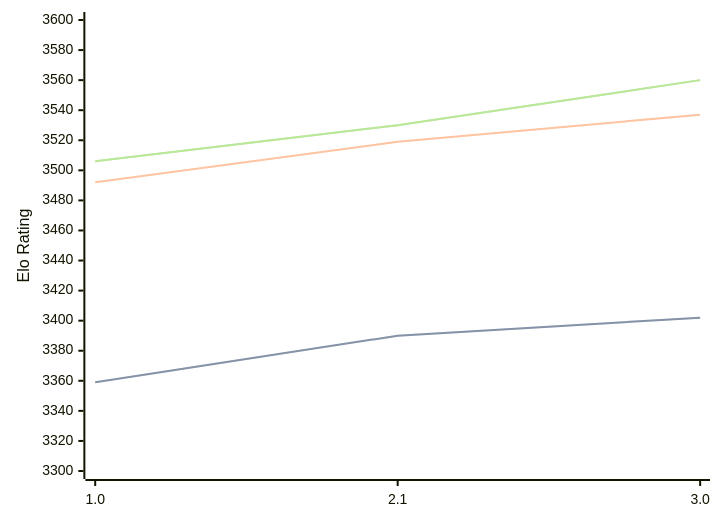
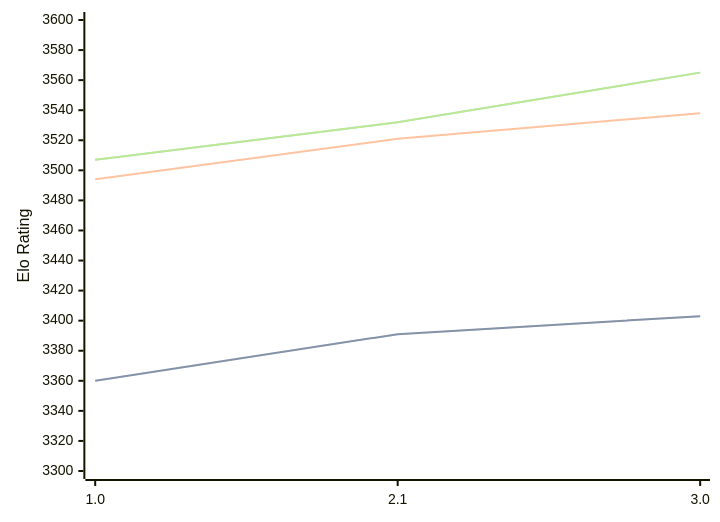
The diagram in engines/Hobbes.md (computer-chess-index/cci), drawn with Mermaid before and after one commit. The commit also changed other lines of this file, not shown here.

Commit message:
Update CCI Ratings (ELO VLTC) - 2026-08-15

````diff
--- a/engines/Hobbes.md
+++ b/engines/Hobbes.md
@@ -33,11 +33,11 @@
 ```mermaid
 %%{init: {"theme":"base","themeVariables":{"seriesColors:['#a3a3a3','#222221','#faa371']}}}%%
 xychart-beta
   x-axis ["1.0", "2.1", "3.0"]
   y-axis "Elo Rating" 3300 --> 3600
-  line "STC (8.0+0.08s)" [3359, 3390, 3402]
-  line "STC (8.0+0.08s)" [3359, 3390, 3402]
-  line "LTC (60.0+0.60s)" [3492, 3519, 3537]
-  line "VLTC (2m24s+1.12s)" [3506, 3530, 3560]
-  line "VLTC (2m24s+1.12s)" [3506, 3530, 3560]
+  line "STC (8.0+0.08s)" [3360, 3391, 3403]
+  line "STC (8.0+0.08s)" [3360, 3391, 3403]
+  line "LTC (60.0+0.60s)" [3494, 3521, 3538]
+  line "VLTC (2m24s+1.12s)" [3507, 3532, 3565]
+  line "VLTC (2m24s+1.12s)" [3507, 3532, 3565]
 ```
````
